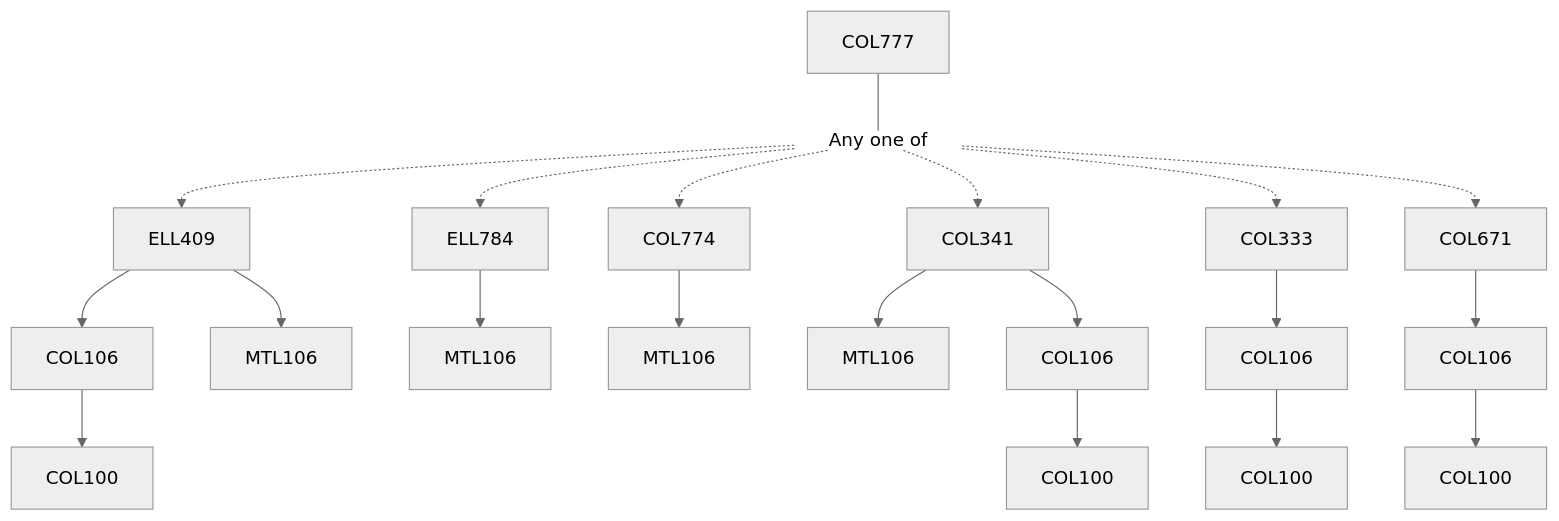
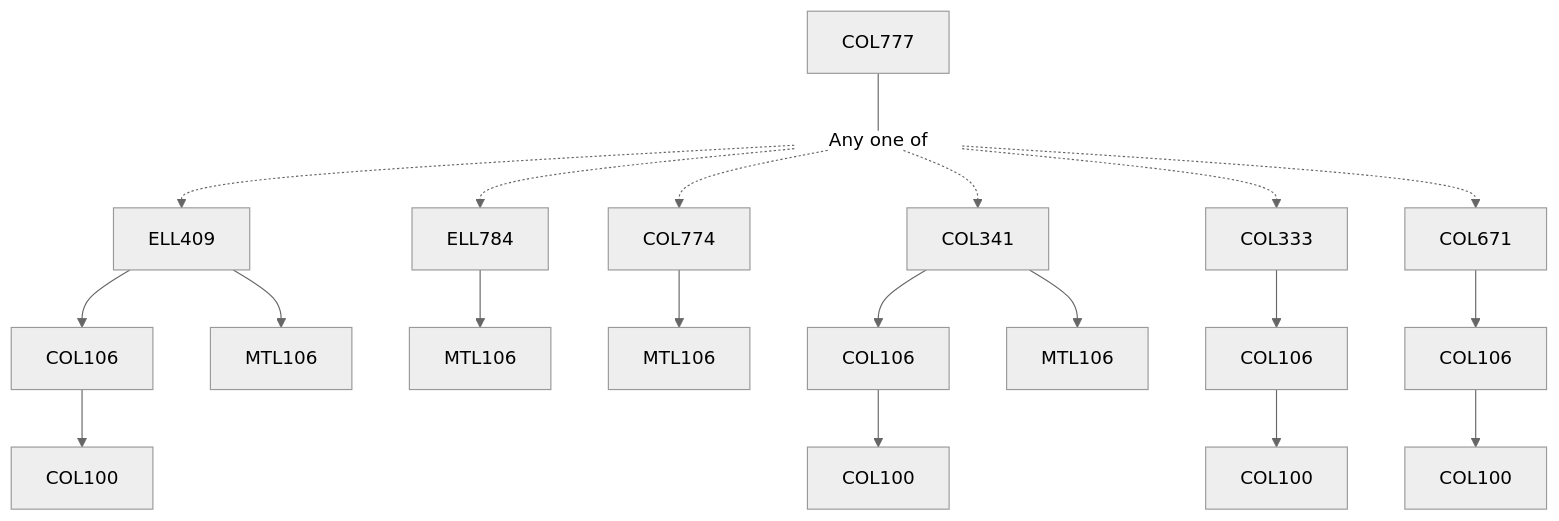
The diagram in content/Computer Science and Engineering/COL777.md (KeshavBansal0122/CoS_Website), drawn with Mermaid (neutral theme) before and after one commit. The commit also changed other lines of this file and 2667 other files, not shown here.

````diff
--- a/content/Computer Science and Engineering/COL777.md
+++ b/content/Computer Science and Engineering/COL777.md
@@ -17,26 +15,26 @@
 ```mermaid
 flowchart TD
-COL777-772[COL777]
-COL777-772 --- Or773[Any one of]:::empty
-COL106-774 --> COL100-774[COL100]
-Or773 -.-> ELL409-774[ELL409]
-ELL409-774 --> COL106-774[COL106]
-ELL409-774 --> MTL106-774[MTL106]
-Or773 -.-> ELL784-775[ELL784]
-ELL784-775 --> MTL106-775[MTL106]
-Or773 -.-> COL774-776[COL774]
-COL774-776 --> MTL106-776[MTL106]
-COL341-777 --> MTL106-777[MTL106]
-Or773 -.-> COL341-777[COL341]
-COL341-777 --> COL106-777[COL106]
-COL106-777 --> COL100-777[COL100]
-Or773 -.-> COL333-778[COL333]
-COL333-778 --> COL106-778[COL106]
-COL106-778 --> COL100-778[COL100]
-COL106-779 --> COL100-779[COL100]
-COL671-779 --> COL106-779[COL106]
-Or773 -.-> COL671-779[COL671]
+COL777-1318[COL777]
+COL777-1318 --- Or1319[Any one of]:::empty
+Or1319 -.-> ELL409-1320[ELL409]
+ELL409-1320 --> COL106-1320[COL106]
+ELL409-1320 --> MTL106-1320[MTL106]
+COL106-1320 --> COL100-1320[COL100]
+Or1319 -.-> ELL784-1321[ELL784]
+ELL784-1321 --> MTL106-1321[MTL106]
+Or1319 -.-> COL774-1322[COL774]
+COL774-1322 --> MTL106-1322[MTL106]
+COL341-1323 --> COL106-1323[COL106]
+COL341-1323 --> MTL106-1323[MTL106]
+COL106-1323 --> COL100-1323[COL100]
+Or1319 -.-> COL341-1323[COL341]
+COL333-1324 --> COL106-1324[COL106]
+COL106-1324 --> COL100-1324[COL100]
+Or1319 -.-> COL333-1324[COL333]
+COL671-1325 --> COL106-1325[COL106]
+Or1319 -.-> COL671-1325[COL671]
+COL106-1325 --> COL100-1325[COL100]
 
 classDef empty height:17px, fill:transparent, stroke:transparent;
 classDef trueEmpty height:0px, width:0px;
 ```
````
